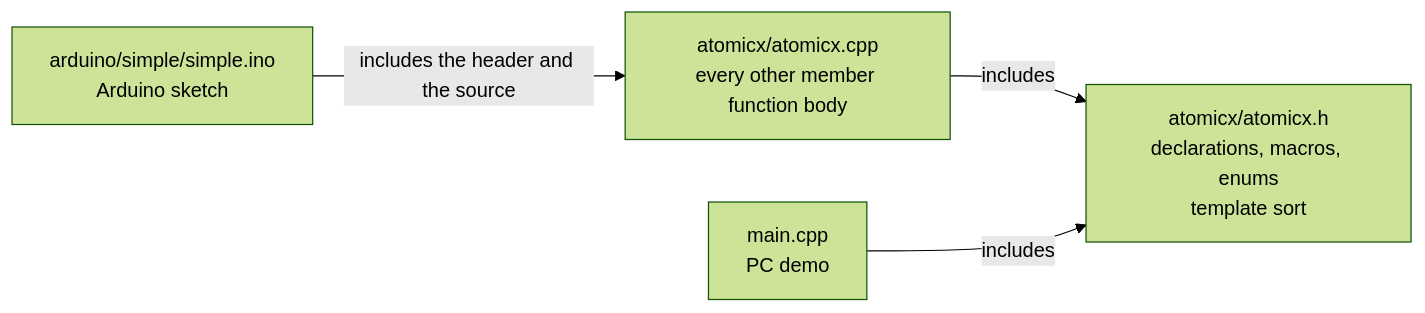
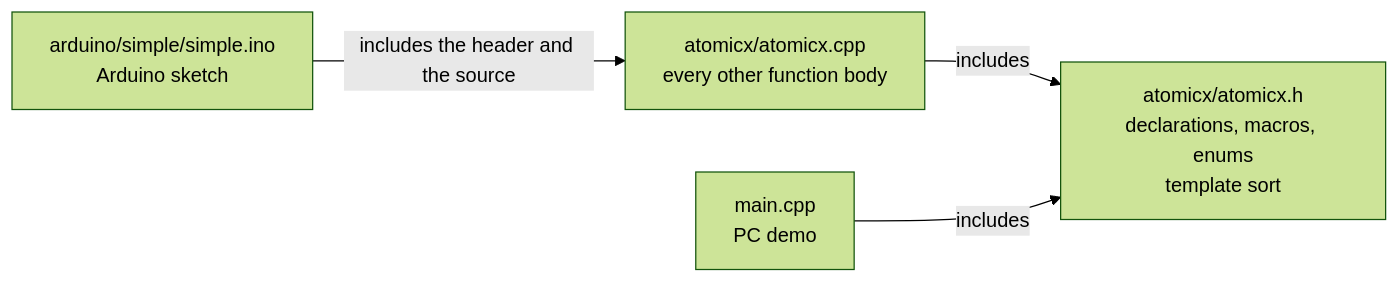
The second of 8 diagrams in spec.md (solariun/atomicx2), drawn with Mermaid (forest theme) before and after one commit. The commit also changed other lines of this file and 3 other files, not shown here.

````diff
--- a/spec.md
+++ b/spec.md
@@ -115,10 +128,10 @@
 ```mermaid
 flowchart LR
     h["atomicx/atomicx.h<br/>declarations, macros, enums<br/>template sort"]
-    c["atomicx/atomicx.cpp<br/>every other member function body"]
+    c["atomicx/atomicx.cpp<br/>every other function body"]
     m["main.cpp<br/>PC demo"]
     s["arduino/simple/simple.ino<br/>Arduino sketch"]
     c -->|includes| h
     m -->|includes| h
     s -->|includes the header and the source| c
 ```
````
